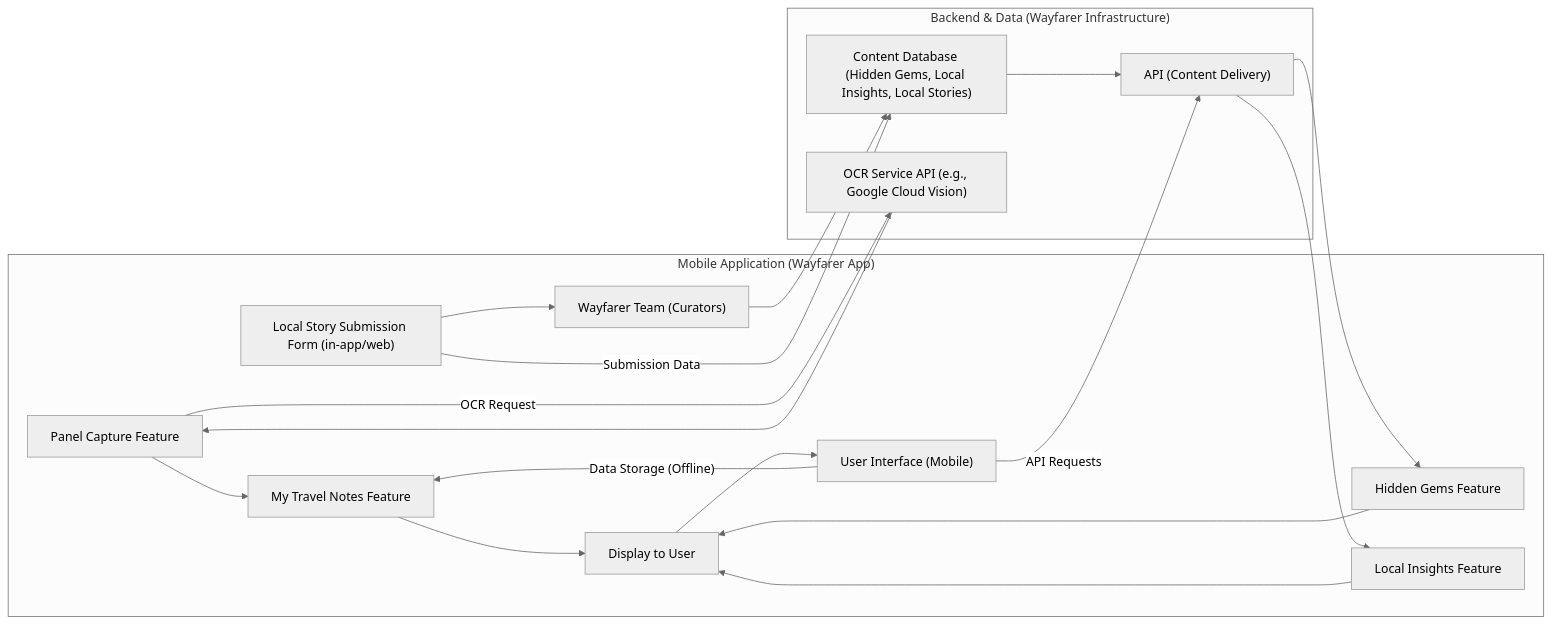
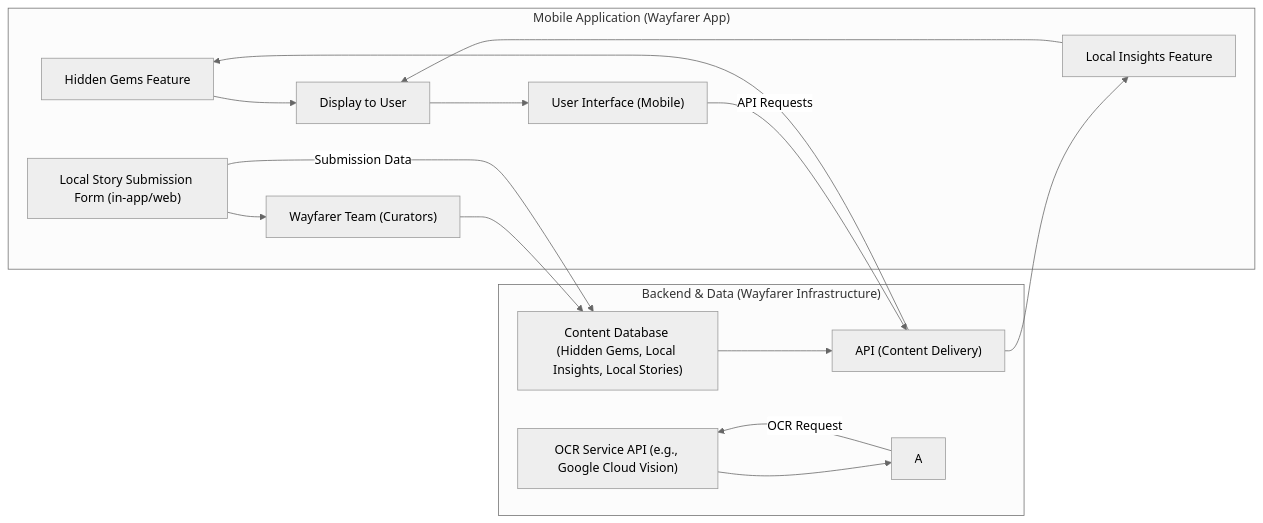
Before and after one commit to fustilio/wayfarer: the first of 2 diagrams in ARCHITECTURE.md, drawn with Mermaid (neutral theme). The commit also changed other lines of this file and 3 other files, not shown here.

Commit message:
feat: enable ThemeToggle component in ProfileScreen and update PLAN.md and ARCHITECTURE.md with implementation status

````diff
--- a/ARCHITECTURE.md
+++ b/ARCHITECTURE.md
@@ -138,24 +137,21 @@
 ```mermaid
 graph LR
     subgraph "Mobile Application (Wayfarer App)"
-        A[Panel Capture Feature] --> B["My Travel Notes Feature"];
         C["Hidden Gems Feature"] --> D["Display to User"];
         E["Local Insights Feature"] --> D;
         F["Local Story Submission Form (in-app/web)"] --> G["Wayfarer Team (Curators)"];
-        B --> D;
         D --> H["User Interface (Mobile)"];
     end
 
     subgraph "Backend & Data (Wayfarer Infrastructure)"
         G --> I["Content Database (Hidden Gems, Local Insights, Local Stories)"];
         I --> J["API (Content Delivery)"];
         J --> C;
         J --> E;
         K["OCR Service API (e.g., Google Cloud Vision)"] --> A;
     end
 
     H -- API Requests --> J;
-    H -- Data Storage (Offline) --> B;
     F -- Submission Data --> I;
     A -- OCR Request --> K;
 ```
````
